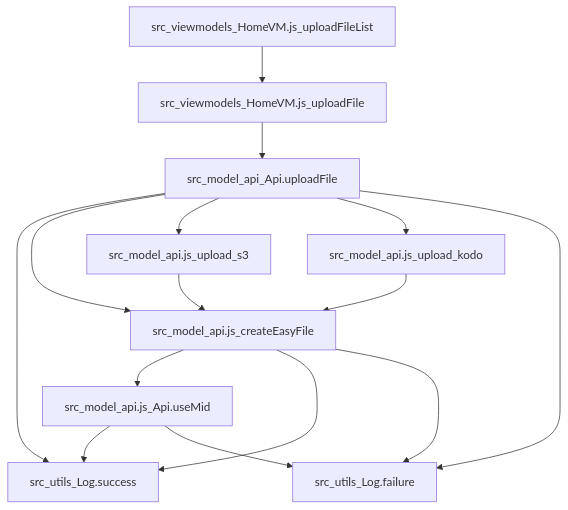
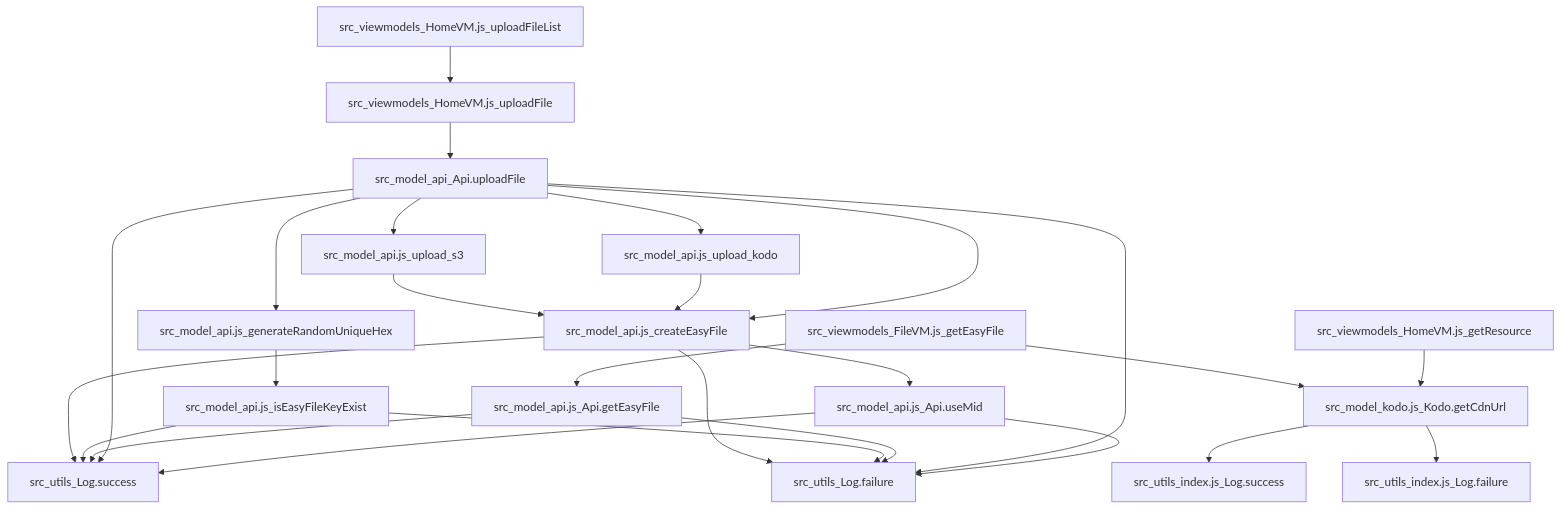
Before and after one commit to SartreShao/function-visualization: the diagram in diagram-filter.mmd, drawn with Mermaid. The commit also changed 4 other files, not shown here.

```diff
--- a/diagram-filter.mmd
+++ b/diagram-filter.mmd
@@ -1,15 +1,26 @@
 graph TD
   src_model_api.js_createEasyFile --> src_model_api.js_Api.useMid
   src_model_api.js_createEasyFile --> src_utils_Log.success
   src_model_api.js_createEasyFile --> src_utils_Log.failure
+  src_model_api.js_isEasyFileKeyExist --> src_utils_Log.success
+  src_model_api.js_isEasyFileKeyExist --> src_utils_Log.failure
+  src_model_api.js_generateRandomUniqueHex --> src_model_api.js_isEasyFileKeyExist
+  src_model_api.js_Api.getEasyFile --> src_utils_Log.success
+  src_model_api.js_Api.getEasyFile --> src_utils_Log.failure
   src_model_api.js_upload_s3 --> src_model_api.js_createEasyFile
   src_model_api.js_upload_kodo --> src_model_api.js_createEasyFile
+  src_model_api_Api.uploadFile --> src_model_api.js_generateRandomUniqueHex
   src_model_api_Api.uploadFile --> src_utils_Log.success
   src_model_api_Api.uploadFile --> src_model_api.js_createEasyFile
   src_model_api_Api.uploadFile --> src_model_api.js_upload_s3
   src_model_api_Api.uploadFile --> src_model_api.js_upload_kodo
   src_model_api_Api.uploadFile --> src_utils_Log.failure
   src_model_api.js_Api.useMid --> src_utils_Log.success
   src_model_api.js_Api.useMid --> src_utils_Log.failure
+  src_model_kodo.js_Kodo.getCdnUrl --> src_utils_index.js_Log.success
+  src_model_kodo.js_Kodo.getCdnUrl --> src_utils_index.js_Log.failure
+  src_viewmodels_FileVM.js_getEasyFile --> src_model_api.js_Api.getEasyFile
+  src_viewmodels_FileVM.js_getEasyFile --> src_model_kodo.js_Kodo.getCdnUrl
+  src_viewmodels_HomeVM.js_getResource --> src_model_kodo.js_Kodo.getCdnUrl
   src_viewmodels_HomeVM.js_uploadFile --> src_model_api_Api.uploadFile
   src_viewmodels_HomeVM.js_uploadFileList --> src_viewmodels_HomeVM.js_uploadFile
```
